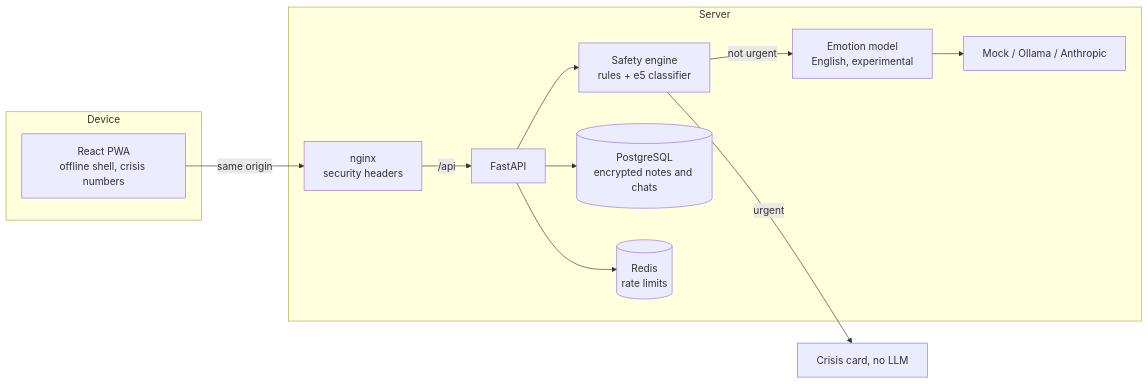
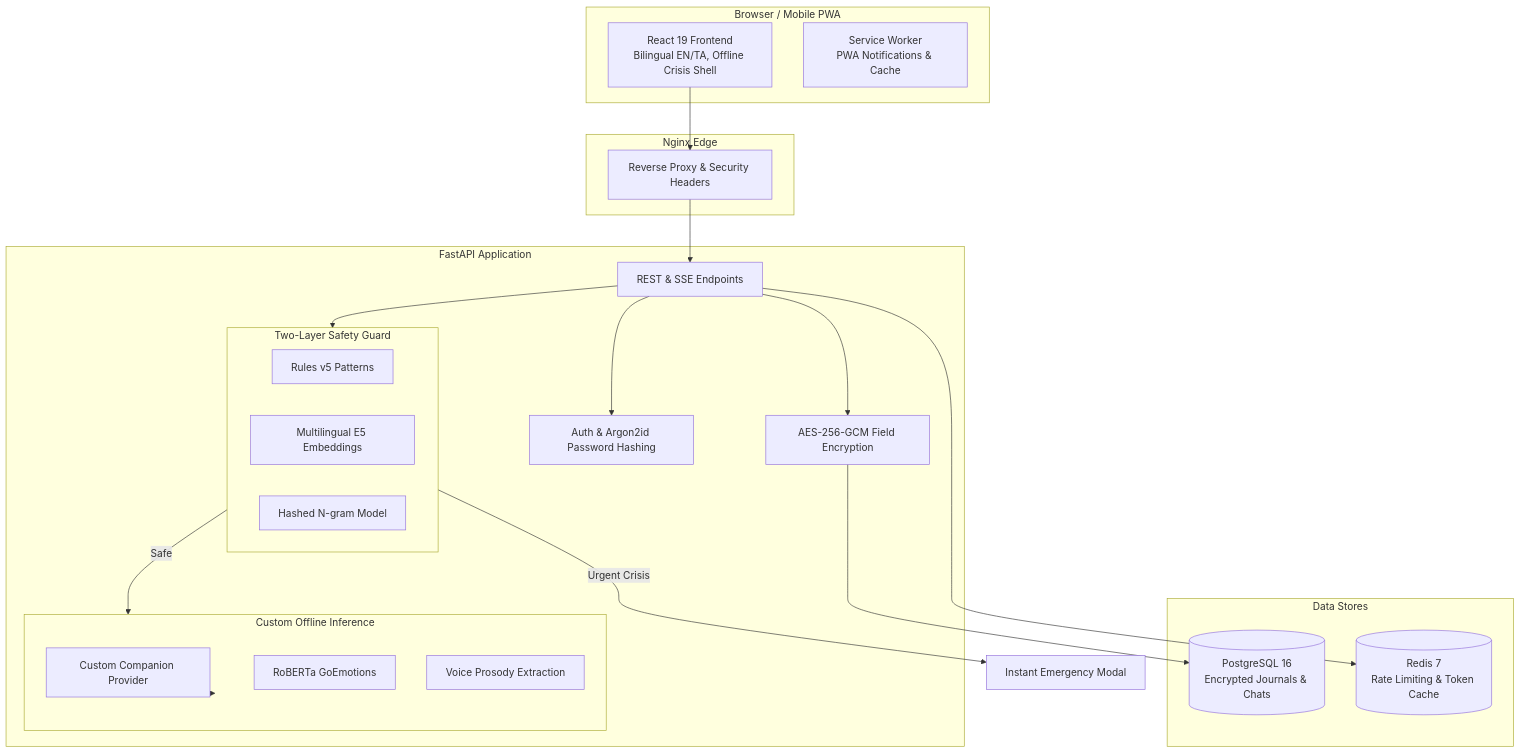
The diagram in README.md (kasinathan242-maker/mindguard), drawn with Mermaid before and after one commit. The commit also changed other lines of this file and 40 other files, not shown here.

Commit message:
Complete MindGuard AI: custom offline models, safety engine v5, score analytics, and clean standalone README

````diff
--- a/README.md
+++ b/README.md
@@ -37,21 +69,44 @@
 ```mermaid
-flowchart LR
-  subgraph Device
-    PWA[React PWA<br/>offline shell, crisis numbers]
+flowchart TD
+  subgraph Client [Browser / Mobile PWA]
+    UI[React 19 Frontend<br/>Bilingual EN/TA, Offline Crisis Shell]
+    SW[Service Worker<br/>PWA Notifications & Cache]
   end
-  subgraph Server
-    NGINX[nginx<br/>security headers]
-    API[FastAPI]
-    SAFE[Safety engine<br/>rules + e5 classifier]
-    EMO[Emotion model<br/>English, experimental]
-    LLM[Mock / Ollama / Anthropic]
-    PG[(PostgreSQL<br/>encrypted notes and chats)]
-    RD[(Redis<br/>rate limits)]
+
+  subgraph ReverseProxy [Nginx Edge]
+    NG[Reverse Proxy & Security Headers]
   end
-  PWA -- same origin --> NGINX -- /api --> API
-  API --> SAFE
-  SAFE -- not urgent --> EMO --> LLM
-  SAFE -- urgent --> CRISIS[Crisis card, no LLM]
-  API --> PG
+
+  subgraph Backend [FastAPI Application]
+    API[REST & SSE Endpoints]
+    AUTH[Auth & Argon2id Password Hashing]
+    CRYPTO[AES-256-GCM Field Encryption]
+    
+    subgraph SafetyPipeline [Two-Layer Safety Guard]
+      R5[Rules v5 Patterns]
+      E5[Multilingual E5 Embeddings]
+      FALLBACK[Hashed N-gram Model]
+    end
+    
+    subgraph AIModels [Custom Offline Inference]
+      COMPANION[Custom Companion Provider]
+      EMOTION[RoBERTa GoEmotions]
+      PROSODY[Voice Prosody Extraction]
+    end
+  end
+
+  subgraph Persistence [Data Stores]
+    PG[(PostgreSQL 16<br/>Encrypted Journals & Chats)]
+    RD[(Redis 7<br/>Rate Limiting & Token Cache)]
+  end
+
+  UI --> NG
+  NG --> API
+  API --> AUTH
+  API --> SafetyPipeline
+  SafetyPipeline -- Urgent Crisis --> CRISIS_CARD[Instant Emergency Modal]
+  SafetyPipeline -- Safe --> AIModels
+  AIModels --> COMPANION
+  API --> CRYPTO --> PG
   API --> RD
 ```
````
